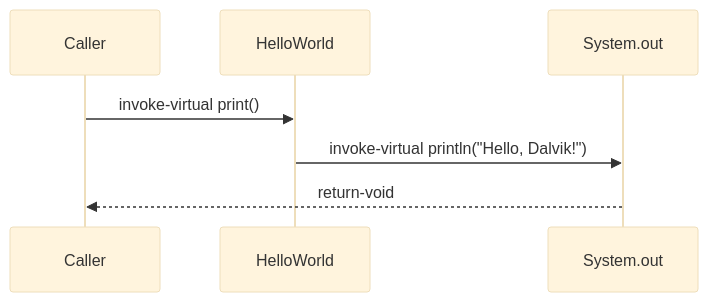
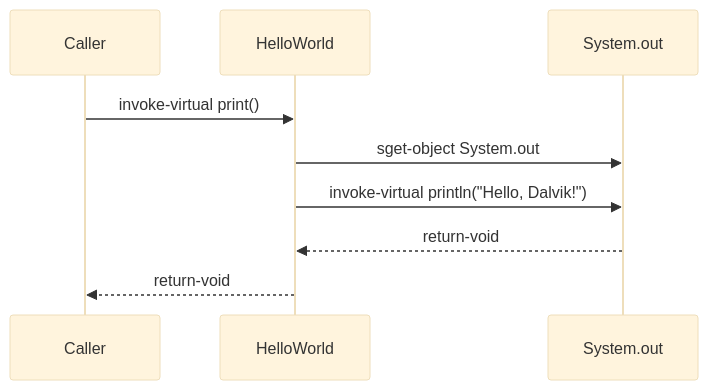
The diagram in 01-Dalvik-Bytecode/01-Classes/examples/Basic-Class-HelloWorld.md (Bavuett/reverse-engineering), drawn with Mermaid (base theme) before and after one commit. The commit also changed other lines of this file and 165 other files, not shown here.

````diff
--- a/01-Dalvik-Bytecode/01-Classes/examples/Basic-Class-HelloWorld.md
+++ b/01-Dalvik-Bytecode/01-Classes/examples/Basic-Class-HelloWorld.md
@@ -53,10 +53,12 @@
 ```mermaid
 sequenceDiagram
     participant Caller
     participant HelloWorld
     participant PrintStream as System.out
 
     Caller->>HelloWorld: invoke-virtual print()
+    HelloWorld->>PrintStream: sget-object System.out
     HelloWorld->>PrintStream: invoke-virtual println("Hello, Dalvik!")
-    PrintStream-->>Caller: return-void
+    PrintStream-->>HelloWorld: return-void
+    HelloWorld-->>Caller: return-void
 ```
````
